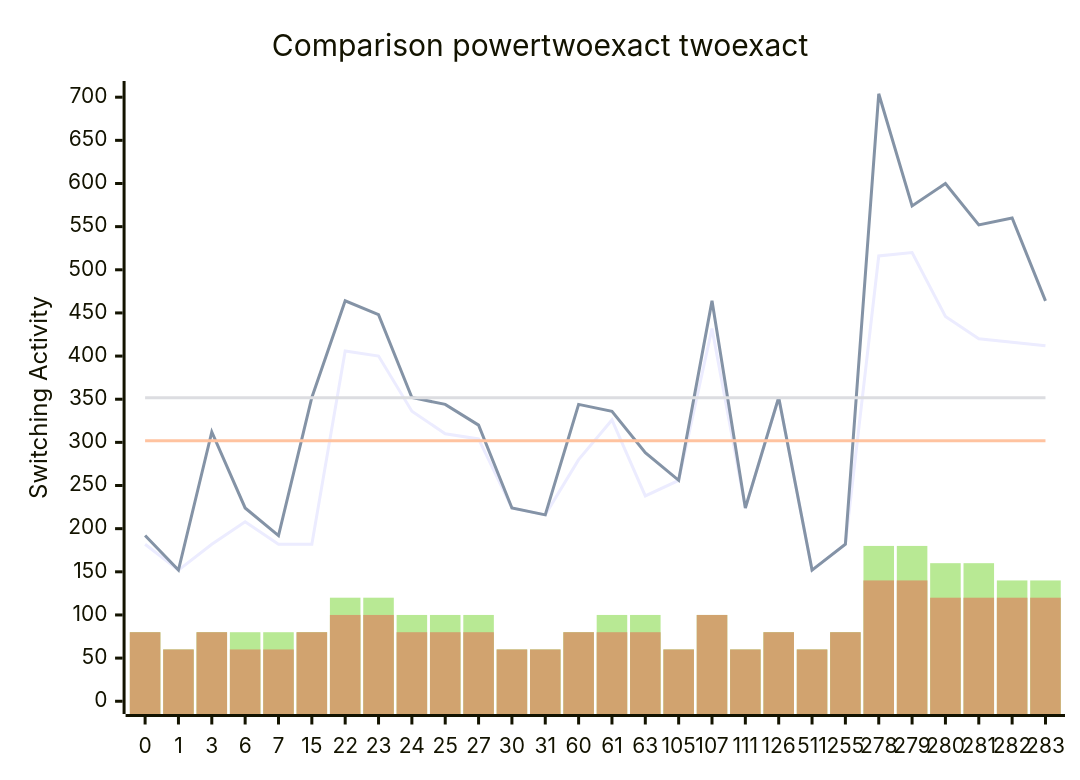
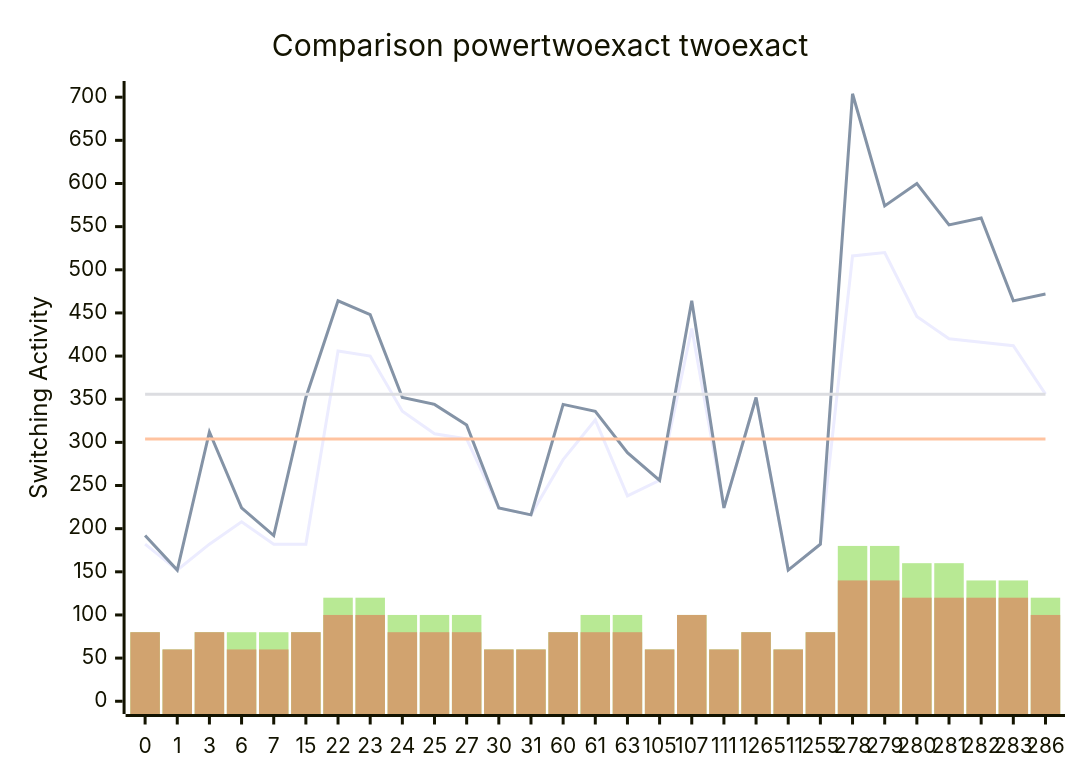
One commit to FeldmeierMichael/Exact-Power-Synthesis changed the diagram in benchmark_opt.md. Above: the diagram before and after it, drawn with Mermaid. The commit also changed other lines of this file, not shown here.

````diff
--- a/benchmark_opt.md
+++ b/benchmark_opt.md
@@ -61,12 +63,12 @@
 ```mermaid
 xychart-beta
     title "Comparison powertwoexact twoexact"
-    x-axis [0, 1, 3, 6, 7, 15, 22, 23, 24, 25, 27, 30, 31, 60, 61, 63, 105, 107, 111, 126, 511, 255, 278, 279, 280, 281, 282, 283]
+    x-axis [0, 1, 3, 6, 7, 15, 22, 23, 24, 25, 27, 30, 31, 60, 61, 63, 105, 107, 111, 126, 511, 255, 278, 279, 280, 281, 282, 283, 286]
     y-axis "Switching Activity" 0-->704
-    line [182, 152, 182, 208, 182, 182, 406, 400, 336, 310, 304, 224, 216, 280, 326, 238, 256, 432, 224, 352, 152, 182, 516, 520, 446, 420, 416, 412]
-    line [192, 152, 312, 224, 192, 352, 464, 448, 352, 344, 320, 224, 216, 344, 336, 288, 256, 464, 224, 352, 152, 182, 704, 574, 600, 552, 560, 464]
-    line [302.0, 302.0, 302.0, 302.0, 302.0, 302.0, 302.0, 302.0, 302.0, 302.0, 302.0, 302.0, 302.0, 302.0, 302.0, 302.0, 302.0, 302.0, 302.0, 302.0, 302.0, 302.0, 302.0, 302.0, 302.0, 302.0, 302.0, 302.0]
-    line [351.57142857142856, 351.57142857142856, 351.57142857142856, 351.57142857142856, 351.57142857142856, 351.57142857142856, 351.57142857142856, 351.57142857142856, 351.57142857142856, 351.57142857142856, 351.57142857142856, 351.57142857142856, 351.57142857142856, 351.57142857142856, 351.57142857142856, 351.57142857142856, 351.57142857142856, 351.57142857142856, 351.57142857142856, 351.57142857142856, 351.57142857142856, 351.57142857142856, 351.57142857142856, 351.57142857142856, 351.57142857142856, 351.57142857142856, 351.57142857142856, 351.57142857142856]
-    bar [80, 60, 80, 80, 80, 80, 120, 120, 100, 100, 100, 60, 60, 80, 100, 100, 60, 100, 60, 80, 60, 80, 180, 180, 160, 160, 140, 140]
-    bar [80, 60, 80, 60, 60, 80, 100, 100, 80, 80, 80, 60, 60, 80, 80, 80, 60, 100, 60, 80, 60, 80, 140, 140, 120, 120, 120, 120]
+    line [182, 152, 182, 208, 182, 182, 406, 400, 336, 310, 304, 224, 216, 280, 326, 238, 256, 432, 224, 352, 152, 182, 516, 520, 446, 420, 416, 412, 356]
+    line [192, 152, 312, 224, 192, 352, 464, 448, 352, 344, 320, 224, 216, 344, 336, 288, 256, 464, 224, 352, 152, 182, 704, 574, 600, 552, 560, 464, 472]
+    line [303.86206896551727, 303.86206896551727, 303.86206896551727, 303.86206896551727, 303.86206896551727, 303.86206896551727, 303.86206896551727, 303.86206896551727, 303.86206896551727, 303.86206896551727, 303.86206896551727, 303.86206896551727, 303.86206896551727, 303.86206896551727, 303.86206896551727, 303.86206896551727, 303.86206896551727, 303.86206896551727, 303.86206896551727, 303.86206896551727, 303.86206896551727, 303.86206896551727, 303.86206896551727, 303.86206896551727, 303.86206896551727, 303.86206896551727, 303.86206896551727, 303.86206896551727, 303.86206896551727]
+    line [355.7241379310345, 355.7241379310345, 355.7241379310345, 355.7241379310345, 355.7241379310345, 355.7241379310345, 355.7241379310345, 355.7241379310345, 355.7241379310345, 355.7241379310345, 355.7241379310345, 355.7241379310345, 355.7241379310345, 355.7241379310345, 355.7241379310345, 355.7241379310345, 355.7241379310345, 355.7241379310345, 355.7241379310345, 355.7241379310345, 355.7241379310345, 355.7241379310345, 355.7241379310345, 355.7241379310345, 355.7241379310345, 355.7241379310345, 355.7241379310345, 355.7241379310345, 355.7241379310345]
+    bar [80, 60, 80, 80, 80, 80, 120, 120, 100, 100, 100, 60, 60, 80, 100, 100, 60, 100, 60, 80, 60, 80, 180, 180, 160, 160, 140, 140, 120]
+    bar [80, 60, 80, 60, 60, 80, 100, 100, 80, 80, 80, 60, 60, 80, 80, 80, 60, 100, 60, 80, 60, 80, 140, 140, 120, 120, 120, 120, 100]
 ```
````
